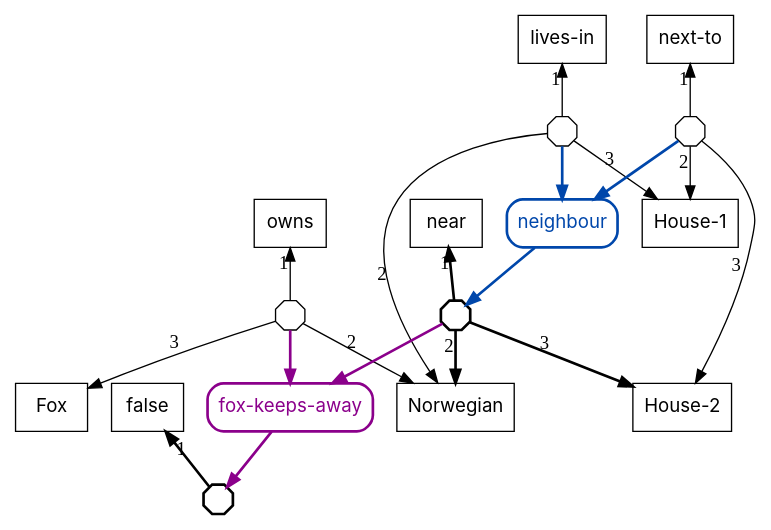
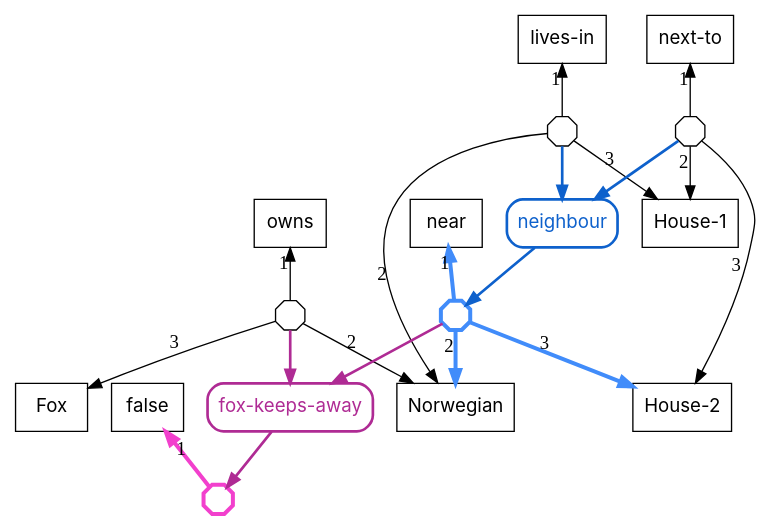
Before and after one commit to agutikov/ein: the diagram in docs/ein/reasoning/02-kb-evolution/diagrams/02-derivation.dot, drawn with Graphviz. The commit also changed 31 other files, not shown here.

```diff
--- a/docs/ein/reasoning/02-kb-evolution/diagrams/02-derivation.dot
+++ b/docs/ein/reasoning/02-kb-evolution/diagrams/02-derivation.dot
@@ -1,31 +1,31 @@
 digraph derivation {
   rankdir=TB;
   node [fontname="Inter", shape=box];
   ranksep=0.55;
   "f_ba78d8e6bc" [shape=octagon, label="", width=0.3, height=0.3, fixedsize=true];
   "f_203bb25e0e" [shape=octagon, label="", width=0.3, height=0.3, fixedsize=true];
   "f_e42df9f04f" [shape=octagon, label="", width=0.3, height=0.3, fixedsize=true];
-  "f_cb1915def2" [shape=octagon, label="", width=0.3, height=0.3, fixedsize=true, penwidth=2];
-  "f_a1f94f5b63" [shape=octagon, label="", width=0.3, height=0.3, fixedsize=true, penwidth=2];
-  "fire0_neighbour" [shape=box, style="rounded", color="#0047ab", fontcolor="#0047ab", penwidth=2, label="neighbour"];
-  "fire0_fox-keeps-away" [shape=box, style="rounded", color="#8b008b", fontcolor="#8b008b", penwidth=2, label="fox-keeps-away"];
+  "f_cb1915def2" [shape=octagon, label="", width=0.3, height=0.3, fixedsize=true, color="#418cfa", fontcolor="#418cfa", penwidth=3];
+  "f_a1f94f5b63" [shape=octagon, label="", width=0.3, height=0.3, fixedsize=true, color="#f240cd", fontcolor="#f240cd", penwidth=3];
+  "fire0_neighbour" [shape=box, style="rounded", color="#0e61cc", fontcolor="#0e61cc", penwidth=2, label="neighbour"];
+  "fire0_fox-keeps-away" [shape=box, style="rounded", color="#af2b94", fontcolor="#af2b94", penwidth=2, label="fox-keeps-away"];
   "lives-in" -> "f_ba78d8e6bc" [xlabel="1", dir=back];
   "f_ba78d8e6bc" -> "Norwegian" [xlabel="2"];
   "f_ba78d8e6bc" -> "House-1" [xlabel="3"];
   "next-to" -> "f_203bb25e0e" [xlabel="1", dir=back];
   "f_203bb25e0e" -> "House-1" [xlabel="2"];
   "f_203bb25e0e" -> "House-2" [xlabel="3"];
   "owns" -> "f_e42df9f04f" [xlabel="1", dir=back];
   "f_e42df9f04f" -> "Norwegian" [xlabel="2"];
   "f_e42df9f04f" -> "Fox" [xlabel="3"];
-  "near" -> "f_cb1915def2" [xlabel="1", dir=back, penwidth=2];
-  "f_cb1915def2" -> "Norwegian" [xlabel="2", penwidth=2];
-  "f_cb1915def2" -> "House-2" [xlabel="3", penwidth=2];
-  "false" -> "f_a1f94f5b63" [xlabel="1", dir=back, penwidth=2];
-  "f_ba78d8e6bc" -> "fire0_neighbour" [color="#0047ab", penwidth=2];
-  "f_203bb25e0e" -> "fire0_neighbour" [color="#0047ab", penwidth=2];
-  "fire0_neighbour" -> "f_cb1915def2" [color="#0047ab", penwidth=2];
-  "f_e42df9f04f" -> "fire0_fox-keeps-away" [color="#8b008b", penwidth=2];
-  "f_cb1915def2" -> "fire0_fox-keeps-away" [color="#8b008b", penwidth=2];
-  "fire0_fox-keeps-away" -> "f_a1f94f5b63" [color="#8b008b", penwidth=2];
+  "near" -> "f_cb1915def2" [xlabel="1", dir=back, color="#418cfa", penwidth=3];
+  "f_cb1915def2" -> "Norwegian" [xlabel="2", color="#418cfa", penwidth=3];
+  "f_cb1915def2" -> "House-2" [xlabel="3", color="#418cfa", penwidth=3];
+  "false" -> "f_a1f94f5b63" [xlabel="1", dir=back, color="#f240cd", penwidth=3];
+  "f_ba78d8e6bc" -> "fire0_neighbour" [color="#0e61cc", penwidth=2];
+  "f_203bb25e0e" -> "fire0_neighbour" [color="#0e61cc", penwidth=2];
+  "fire0_neighbour" -> "f_cb1915def2" [color="#0e61cc", penwidth=2];
+  "f_e42df9f04f" -> "fire0_fox-keeps-away" [color="#af2b94", penwidth=2];
+  "f_cb1915def2" -> "fire0_fox-keeps-away" [color="#af2b94", penwidth=2];
+  "fire0_fox-keeps-away" -> "f_a1f94f5b63" [color="#af2b94", penwidth=2];
 }
```
